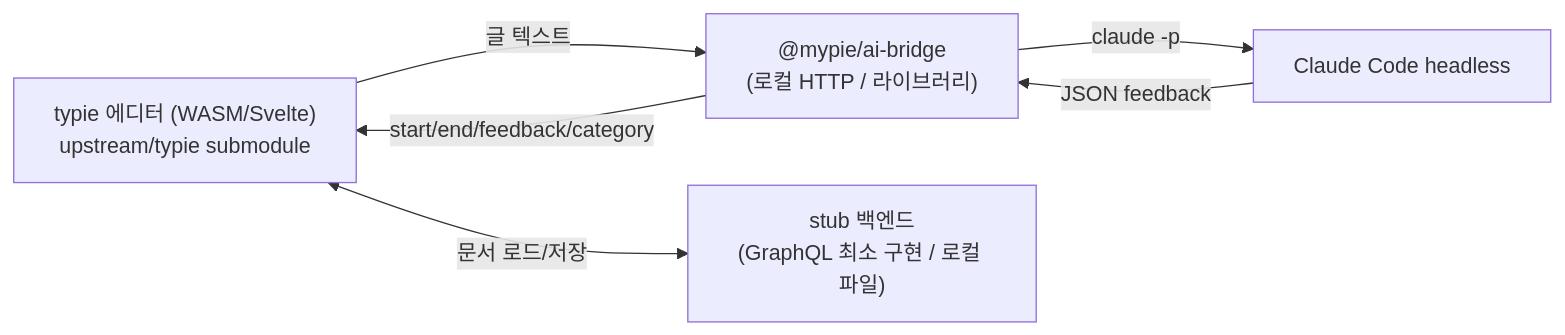
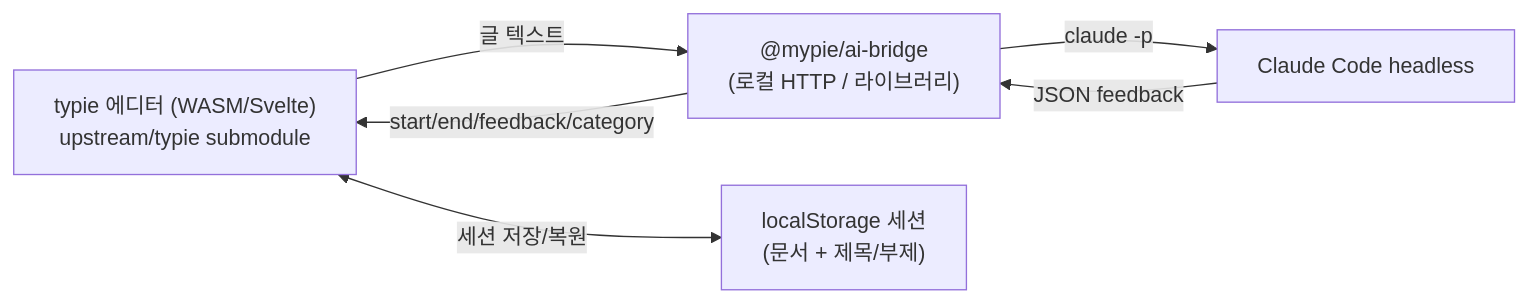
Before and after one commit to chaotic-ground/mypie: the diagram in docs/ARCHITECTURE.md, drawn with Mermaid. The commit also changed other lines of this file and 1 other file, not shown here.

````diff
--- a/docs/ARCHITECTURE.md
+++ b/docs/ARCHITECTURE.md
@@ -28,8 +28,8 @@
 ```mermaid
 flowchart LR
   editor["typie 에디터 (WASM/Svelte)\nupstream/typie submodule"] -->|글 텍스트| bridge
   bridge["@mypie/ai-bridge\n(로컬 HTTP / 라이브러리)"] -->|claude -p| cc["Claude Code headless"]
   cc -->|JSON feedback| bridge
   bridge -->|start/end/feedback/category| editor
-  editor <-->|문서 로드/저장| stub["stub 백엔드\n(GraphQL 최소 구현 / 로컬 파일)"]
+  editor <-->|세션 저장/복원| store["localStorage 세션\n(문서 + 제목/부제)"]
 ```
````
